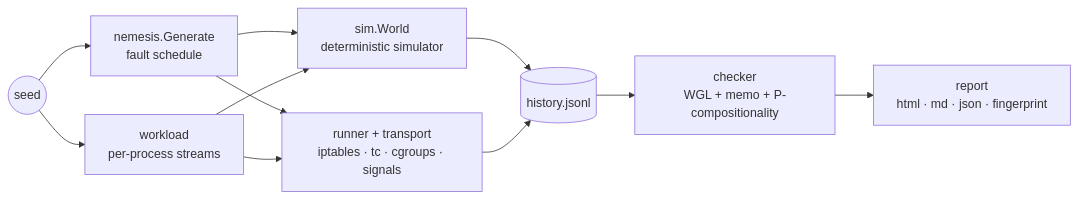
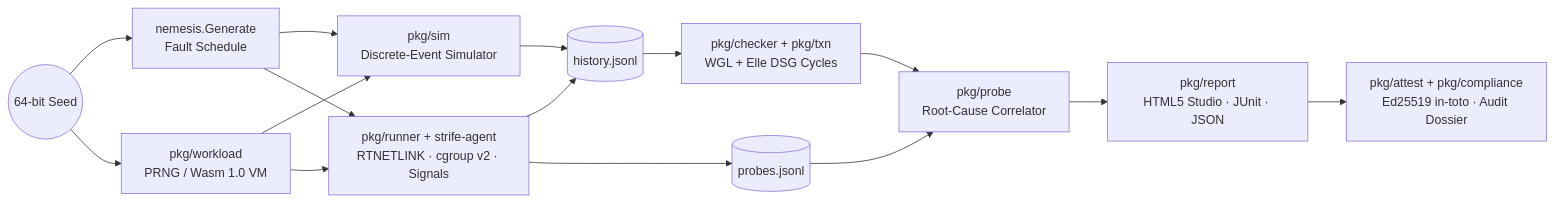
Before and after one commit to Kemalhafizh/strife: the diagram in README.md, drawn with Mermaid. The commit also changed other lines of this file, not shown here.

Commit message:
docs(readme): overhaul README with complete technical architecture and GFM specs

````diff
--- a/README.md
+++ b/README.md
@@ -292,13 +352,17 @@
 ```mermaid
 flowchart LR
-  seed((seed)) --> sched[nemesis.Generate<br/>fault schedule]
-  seed --> wl[workload<br/>per-process streams]
-  sched --> simw[sim.World<br/>deterministic simulator]
+  seed(("64-bit Seed")) --> sched["nemesis.Generate<br/>Fault Schedule"]
+  seed --> wl["pkg/workload<br/>PRNG / Wasm 1.0 VM"]
+  sched --> simw["pkg/sim<br/>Discrete-Event Simulator"]
   wl --> simw
-  sched --> live[runner + transport<br/>iptables · tc · cgroups · signals]
+  sched --> live["pkg/runner + strife-agent<br/>RTNETLINK · cgroup v2 · Signals"]
   wl --> live
-  simw --> hist[(history.jsonl)]
+  simw --> hist[("history.jsonl")]
   live --> hist
-  hist --> chk[checker<br/>WGL + memo + P-compositionality]
-  chk --> rep[report<br/>html · md · json · fingerprint]
+  live --> probes[("probes.jsonl")]
+  hist --> chk["pkg/checker + pkg/txn<br/>WGL + Elle DSG Cycles"]
+  probes --> corr["pkg/probe<br/>Root-Cause Correlator"]
+  chk --> corr
+  corr --> rep["pkg/report<br/>HTML5 Studio · JUnit · JSON"]
+  rep --> att["pkg/attest + pkg/compliance<br/>Ed25519 in-toto · Audit Dossier"]
 ```
````
